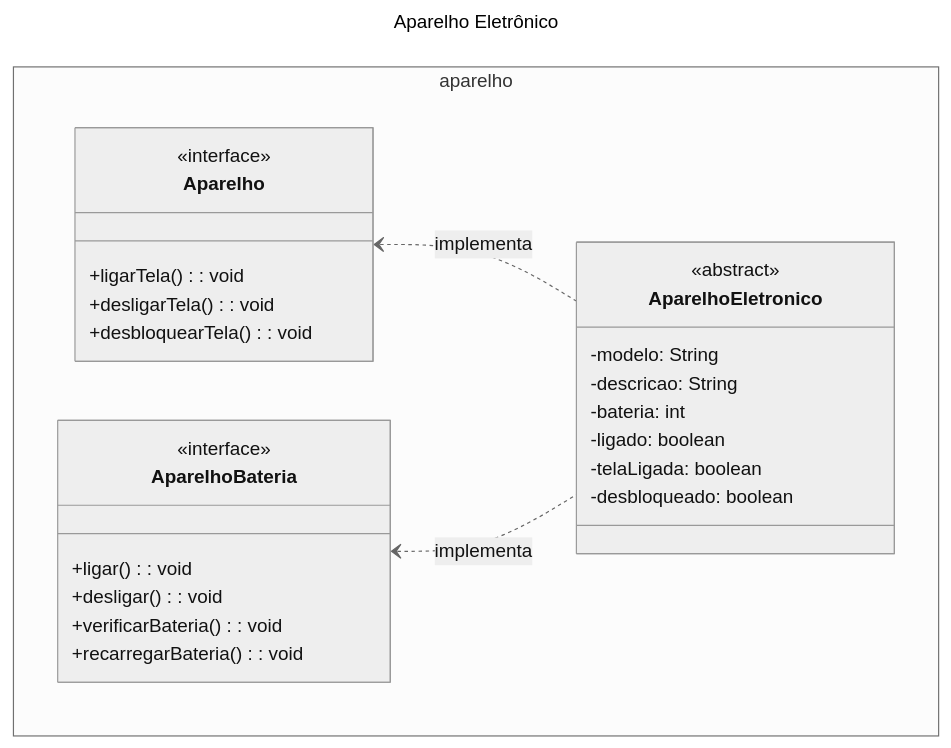
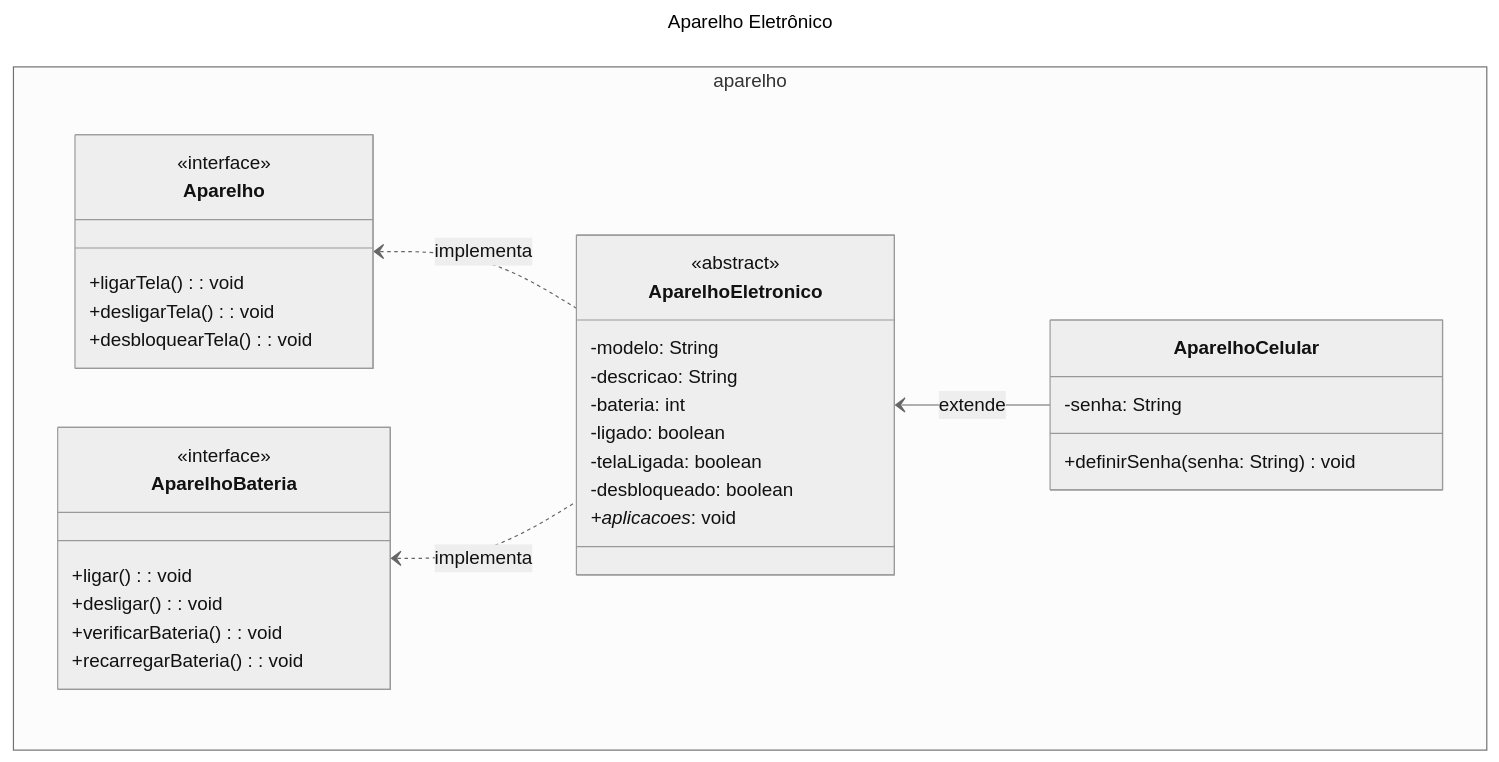
One commit to lfslopes/ComponenteIphone changed the diagram in src/lfslopes/dio/aparelhoeletronico/Classificacao-Aparelho.md. Above: the diagram before and after it, drawn with Mermaid (neutral theme).

Commit message:
Adicionando a classe AparelhoCelular.java ao Classificacao-Aparelho.md
Adicionando a primeira classe concreta do projeto, onde serão chamadas as aplicações desse modelo Iphone

````diff
--- a/src/lfslopes/dio/aparelhoeletronico/Classificacao-Aparelho.md
+++ b/src/lfslopes/dio/aparelhoeletronico/Classificacao-Aparelho.md
@@ -3,32 +3,38 @@
 ```mermaid
 ---
 title: Aparelho Eletrônico
 ---
 classDiagram
   namespace aparelho {
     class Aparelho{
-    <<interface>>
-    +ligarTela(): void
-    +desligarTela(): void
-    +desbloquearTela(): void
+      <<interface>>
+      +ligarTela(): void
+      +desligarTela(): void
+      +desbloquearTela(): void
     }
     class AparelhoBateria{
-    <<interface>>
-    +ligar(): void
-    +desligar(): void
-    +verificarBateria(): void
-    +recarregarBateria(): void
+      <<interface>>
+      +ligar(): void
+      +desligar(): void
+      +verificarBateria(): void
+      +recarregarBateria(): void
     }
     class AparelhoEletronico{
-    <<abstract>>
-    -modelo: String
-    -descricao: String
-    -bateria: int
-    -ligado: boolean
-    -telaLigada: boolean
-    -desbloqueado: boolean
+      <<abstract>>
+      -modelo: String
+      -descricao: String
+      -bateria: int
+      -ligado: boolean
+      -telaLigada: boolean
+      -desbloqueado: boolean
+      *+aplicacoes*: void
+    }
+    class AparelhoCelular {
+      -senha: String
+      +definirSenha(senha: String) void
     }
 }
 Aparelho <.. AparelhoEletronico : implementa
 AparelhoBateria <.. AparelhoEletronico : implementa
+AparelhoEletronico <-- AparelhoCelular : extende
 ```
````
